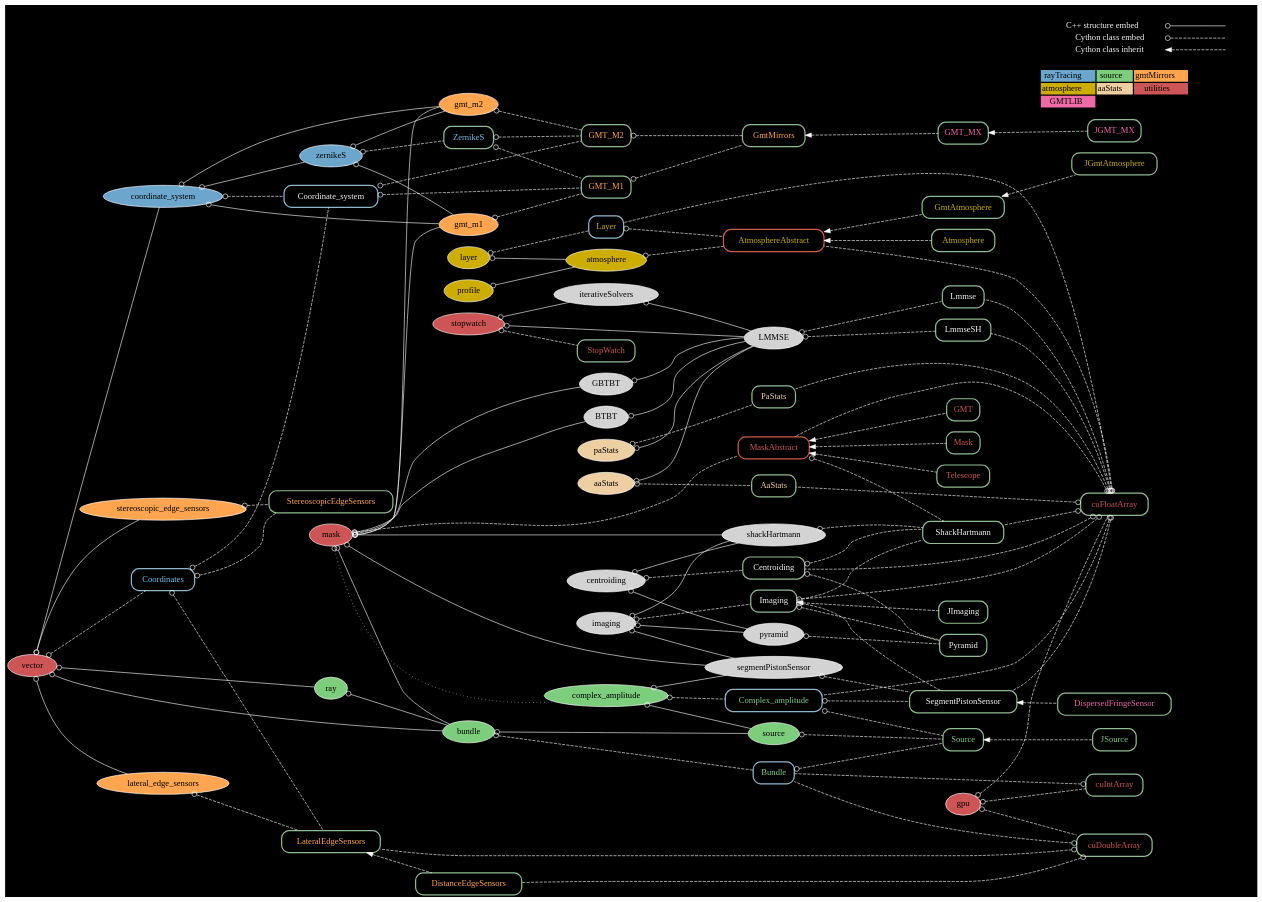
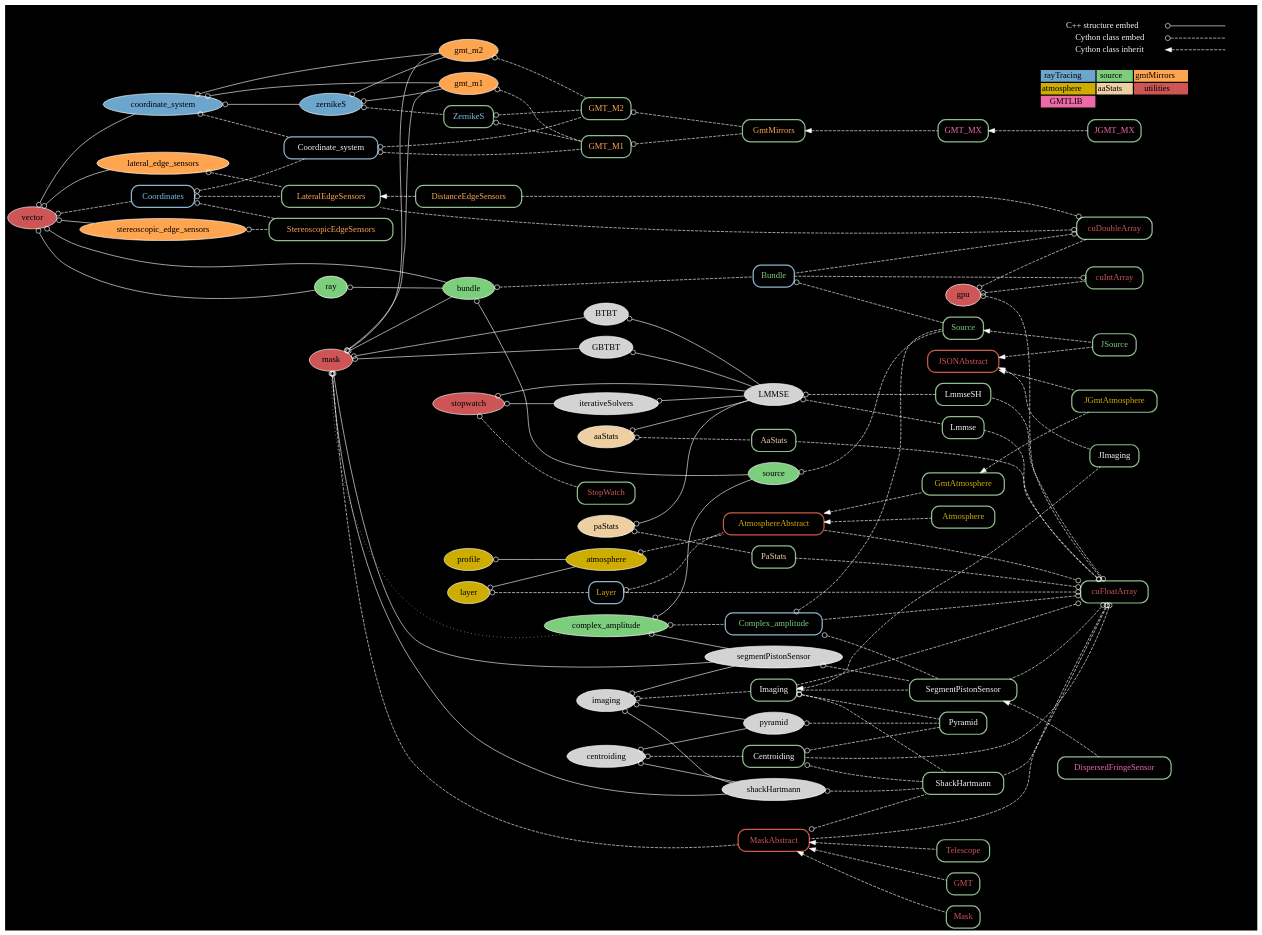
The diagram in graph/ceo.dot (rconan/CEO), drawn with Graphviz before and after one commit. The commit also changed 5 other files, not shown here.

```diff
--- a/graph/ceo.dot
+++ b/graph/ceo.dot
@@ -91,6 +91,7 @@
 cuIntArray;
 cuFloatArray;
 cuDoubleArray;
+JSONAbstract;
 }
 
 {
@@ -217,10 +218,12 @@
 SegmentPistonSensor -> DispersedFringeSensor;
 LateralEdgeSensors -> DistanceEdgeSensors;
 
-
 Source -> JSource;
 
 Imaging -> JImaging;
+
+JSONAbstract[color=coral3];
+JSONAbstract -> {JSource; JImaging; JGmtAtmosphere;}
 
 #{rank = source; mask;}
 #{rank = same; gpu; GMT_MX; Atmosphere;}
@@ -231,7 +234,7 @@
 
   rankdir=LR
   node [shape=plaintext]
-  subgraph cluster_01 { 
+  subgraph cluster_01 {
     #label = "Legend";
     color = black;
     key [label=<<table border="0" cellpadding="2" cellspacing="0" cellborder="0">
@@ -263,6 +266,6 @@
     <td bgcolor="hotpink2"><font color="black">GMTLIB</font></td>
     </tr>
     </table>
-    >]   
+    >]
   }
 }
```
